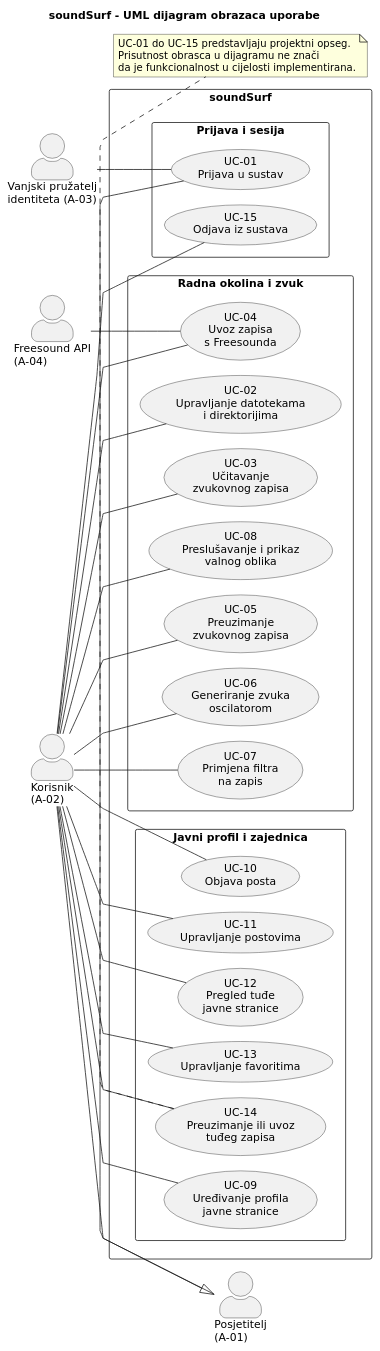
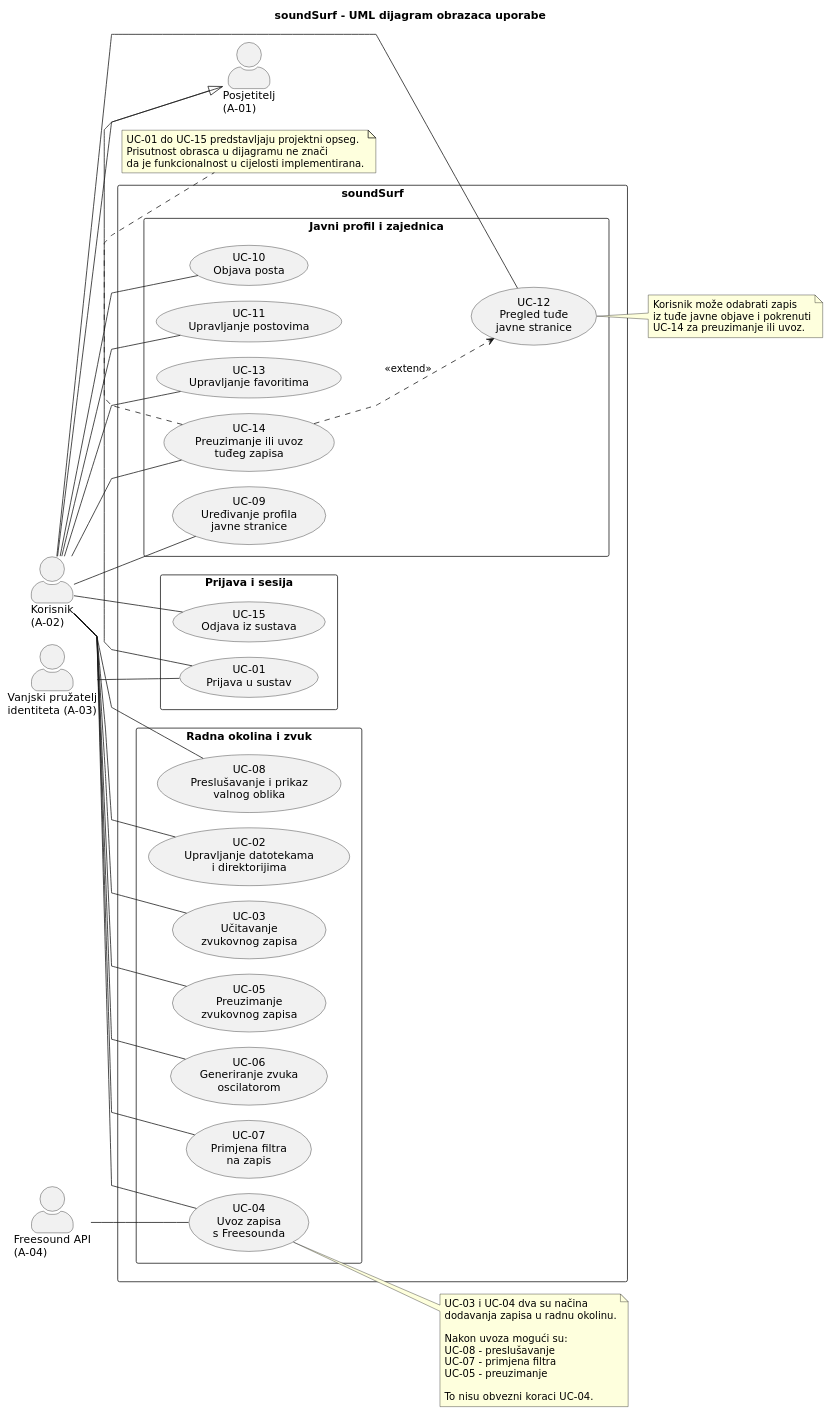
The diagram in docs/puml/3-1-soundsurf-obrasci-uporabe.puml (TomaPetrusic/soundSurf), drawn with PlantUML before and after one commit. The commit also changed 2 other files, not shown here.

Commit message:
UC ovisnosti i UML odnosi unutar 3) Obrasci uporabe.

```diff
--- a/docs/puml/3-1-soundsurf-obrasci-uporabe.puml
+++ b/docs/puml/3-1-soundsurf-obrasci-uporabe.puml
@@ -1,73 +1,97 @@
 @startuml
 left to right direction
 skinparam shadowing false
 skinparam defaultFontName "DejaVu Sans"
 skinparam linetype polyline
 skinparam packageStyle rectangle
 skinparam actorStyle awesome
 skinparam nodesep 20
 skinparam ranksep 20
 
 title soundSurf - UML dijagram obrazaca uporabe
 
 actor "Posjetitelj\n(A-01)" as Visitor
 actor "Korisnik\n(A-02)" as User
 actor "Vanjski pružatelj\nidentiteta (A-03)" as Identity
 actor "Freesound API\n(A-04)" as Freesound
 
 User --|> Visitor
 
 rectangle "soundSurf" {
 
   package "Prijava i sesija" {
     usecase "UC-01\nPrijava u sustav" as UC01
     usecase "UC-15\nOdjava iz sustava" as UC15
   }
 
   package "Radna okolina i zvuk" {
     usecase "UC-02\nUpravljanje datotekama\ni direktorijima" as UC02
     usecase "UC-03\nUčitavanje\nzvukovnog zapisa" as UC03
     usecase "UC-04\nUvoz zapisa\ns Freesounda" as UC04
     usecase "UC-05\nPreuzimanje\nzvukovnog zapisa" as UC05
     usecase "UC-06\nGeneriranje zvuka\noscilatorom" as UC06
     usecase "UC-07\nPrimjena filtra\nna zapis" as UC07
     usecase "UC-08\nPreslušavanje i prikaz\nvalnog oblika" as UC08
   }
 
   package "Javni profil i zajednica" {
     usecase "UC-09\nUređivanje profila\njavne stranice" as UC09
     usecase "UC-10\nObjava posta" as UC10
     usecase "UC-11\nUpravljanje postovima" as UC11
     usecase "UC-12\nPregled tuđe\njavne stranice" as UC12
     usecase "UC-13\nUpravljanje favoritima" as UC13
     usecase "UC-14\nPreuzimanje ili uvoz\ntuđeg zapisa" as UC14
   }
 }
 
 Visitor -- UC01
 Identity -- UC01
 
 User -- UC02
 User -- UC03
 User -- UC04
 User -- UC05
 User -- UC06
 User -- UC07
 User -- UC08
 User -- UC09
 User -- UC10
 User -- UC11
 User -- UC12
 User -- UC13
 User -- UC14
 User -- UC15
 
 Freesound -- UC04
 
 note bottom of UC14
   UC-01 do UC-15 predstavljaju projektni opseg.
   Prisutnost obrasca u dijagramu ne znači
   da je funkcionalnost u cijelosti implementirana.
 end note
 
+
+' Neobavezni tijekovi obrazaca uporabe
+
+UC14 ..> UC12 : <<extend>>
+
+
+note right of UC04
+  UC-03 i UC-04 dva su načina
+  dodavanja zapisa u radnu okolinu.
+
+  Nakon uvoza mogući su:
+  UC-08 - preslušavanje
+  UC-07 - primjena filtra
+  UC-05 - preuzimanje
+
+  To nisu obvezni koraci UC-04.
+end note
+
+note right of UC12
+  Korisnik može odabrati zapis
+  iz tuđe javne objave i pokrenuti
+  UC-14 za preuzimanje ili uvoz.
+end note
+
 @enduml
```
